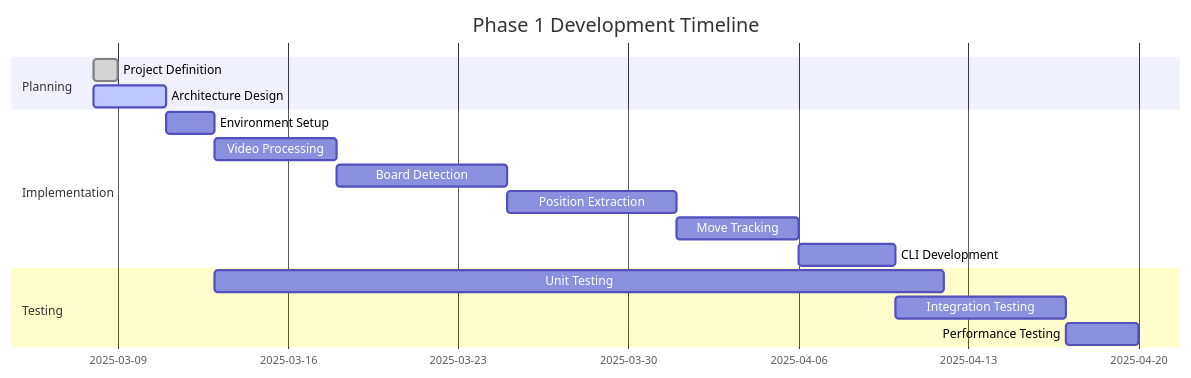
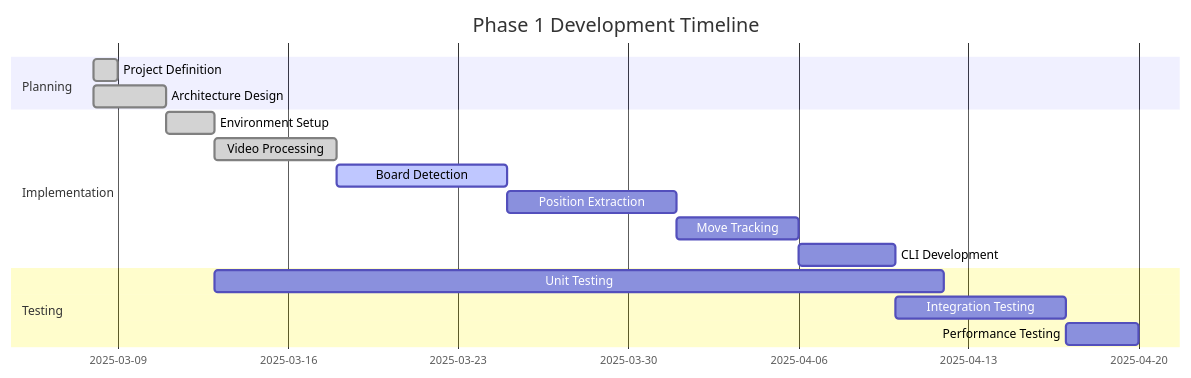
One commit to rsaiprasad/chessvision changed the diagram in memory-bank/activeContext.md. Above: the diagram before and after it, drawn with Mermaid. The commit also changed other lines of this file and 24 other files, not shown here.

````diff
--- a/memory-bank/activeContext.md
+++ b/memory-bank/activeContext.md
@@ -135,19 +137,19 @@
 ```mermaid
 gantt
     title Phase 1 Development Timeline
     dateFormat  YYYY-MM-DD
     section Planning
     Project Definition    :done, 2025-03-08, 1d
-    Architecture Design   :active, 2025-03-08, 3d
+    Architecture Design   :done, 2025-03-08, 3d
     section Implementation
-    Environment Setup     :2025-03-11, 2d
-    Video Processing      :2025-03-13, 5d
-    Board Detection       :2025-03-18, 7d
+    Environment Setup     :done, 2025-03-11, 2d
+    Video Processing      :done, 2025-03-13, 5d
+    Board Detection       :active, 2025-03-18, 7d
     Position Extraction   :2025-03-25, 7d
     Move Tracking         :2025-04-01, 5d
     CLI Development       :2025-04-06, 4d
     section Testing
     Unit Testing          :2025-03-13, 30d
     Integration Testing   :2025-04-10, 7d
     Performance Testing   :2025-04-17, 3d
 ```
````
